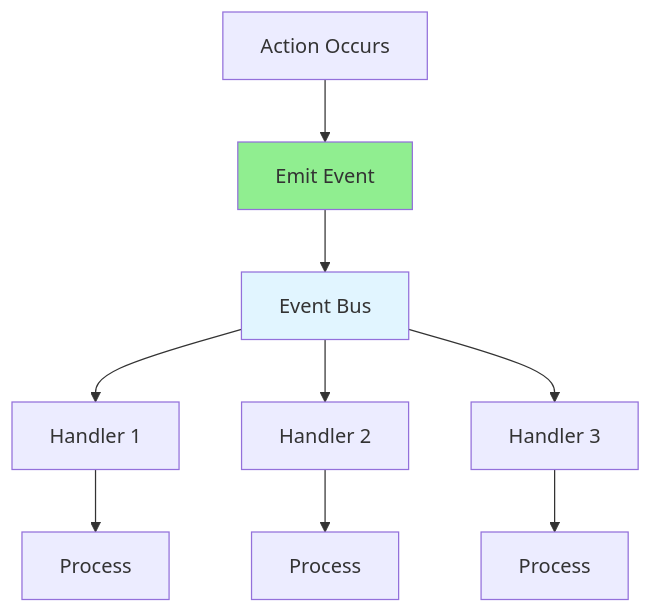
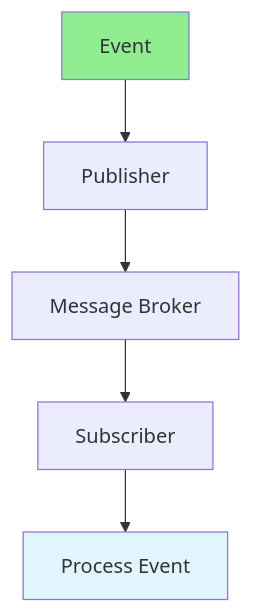
Before and after one commit to iouthnamain/tech-note: the diagram in Full-Stack-Guides/Group-09-Complex-Functions/09.08_Event_Driven_Architecture.md, drawn with Mermaid. The commit also changed other lines of this file and 480 other files, not shown here.

````diff
--- a/Full-Stack-Guides/Group-09-Complex-Functions/09.08_Event_Driven_Architecture.md
+++ b/Full-Stack-Guides/Group-09-Complex-Functions/09.08_Event_Driven_Architecture.md
@@ -23,15 +22,10 @@
 ```mermaid
 graph TD
-    Action[Action Occurs] --> Event[Emit Event]
-    Event --> Bus[Event Bus]
-    Bus --> Handler1[Handler 1]
-    Bus --> Handler2[Handler 2]
-    Bus --> Handler3[Handler 3]
-    
-    Handler1 --> Process1[Process]
-    Handler2 --> Process2[Process]
-    Handler3 --> Process3[Process]
+    Event[Event] --> Publisher[Publisher]
+    Publisher --> Broker[Message Broker]
+    Broker --> Subscriber[Subscriber]
+    Subscriber --> Process[Process Event]
     
     style Event fill:#90EE90
-    style Bus fill:#e1f5ff
+    style Process fill:#e1f5ff
 ```
````
